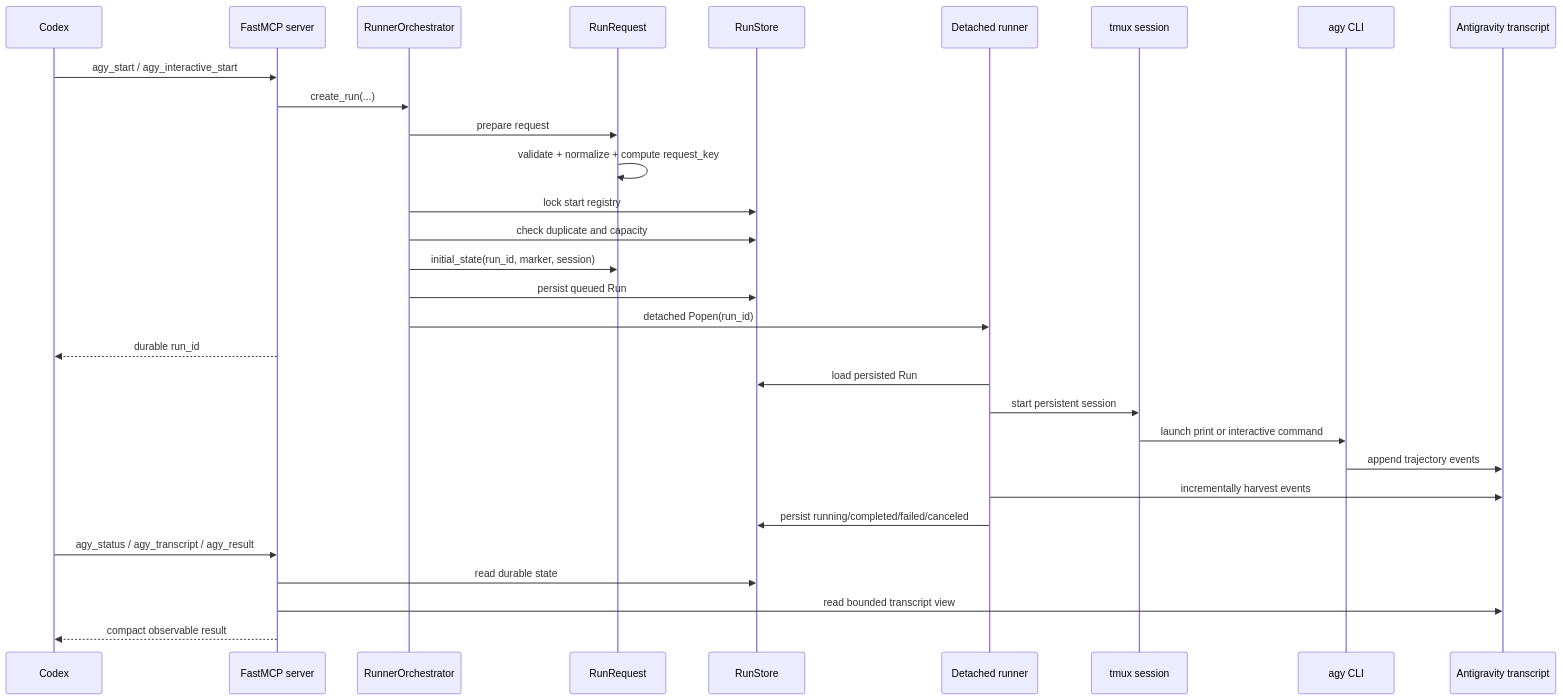
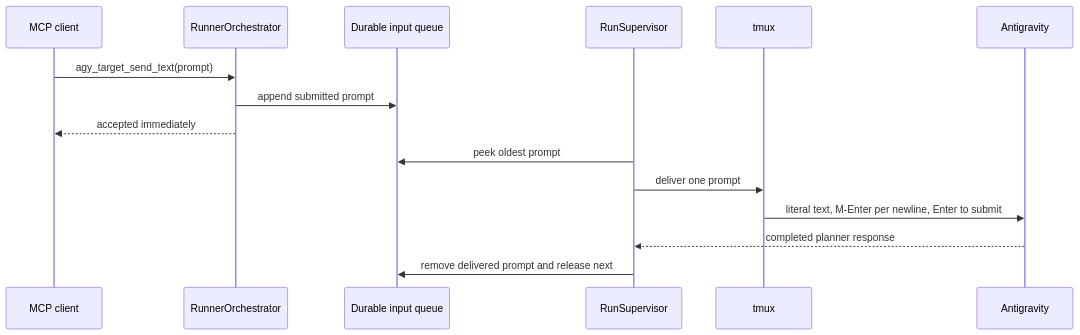
One commit to varadfromeast/codex-agy-bridge changed the second of 2 diagrams in docs/ARCHITECTURE.md. Above: the diagram before and after it, drawn with Mermaid. The commit also changed other lines of this file and 22 other files, not shown here.

````diff
--- a/docs/ARCHITECTURE.md
+++ b/docs/ARCHITECTURE.md
@@ -69,35 +81,18 @@
 ```mermaid
 sequenceDiagram
-    participant C as Codex
-    participant S as FastMCP server
+    participant C as MCP client
     participant O as RunnerOrchestrator
-    participant R as RunRequest
-    participant ST as RunStore
-    participant W as Detached runner
-    participant T as tmux session
-    participant A as agy CLI
-    participant B as Antigravity transcript
+    participant Q as Durable input queue
+    participant S as RunSupervisor
+    participant T as tmux
+    participant A as Antigravity
 
-    C->>S: agy_start / agy_interactive_start
-    S->>O: create_run(...)
-    O->>R: prepare request
-    R->>R: validate + normalize + compute request_key
-    O->>ST: lock start registry
-    O->>ST: check duplicate and capacity
-    O->>R: initial_state(run_id, marker, session)
-    O->>ST: persist queued Run
-    O->>W: detached Popen(run_id)
-    S-->>C: durable run_id
-
-    W->>ST: load persisted Run
-    W->>T: start persistent session
-    T->>A: launch print or interactive command
-    A->>B: append trajectory events
-    W->>B: incrementally harvest events
-    W->>ST: persist running/completed/failed/canceled
-
-    C->>S: agy_status / agy_transcript / agy_result
-    S->>ST: read durable state
-    S->>B: read bounded transcript view
-    S-->>C: compact observable result
+    C->>O: agy_target_send_text(prompt)
+    O->>Q: append submitted prompt
+    O-->>C: accepted immediately
+    S->>Q: peek oldest prompt
+    S->>T: deliver one prompt
+    T->>A: literal text, M-Enter per newline, Enter to submit
+    A-->>S: completed planner response
+    S->>Q: remove delivered prompt and release next
 ```
````
